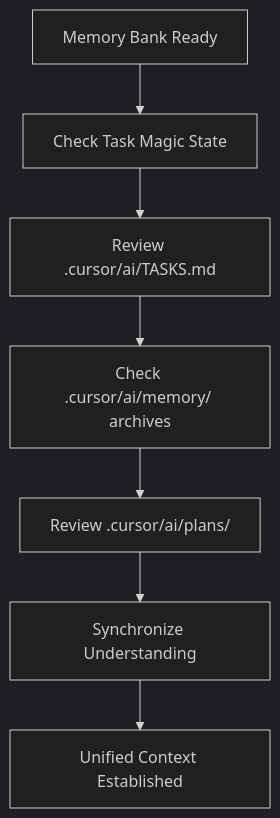
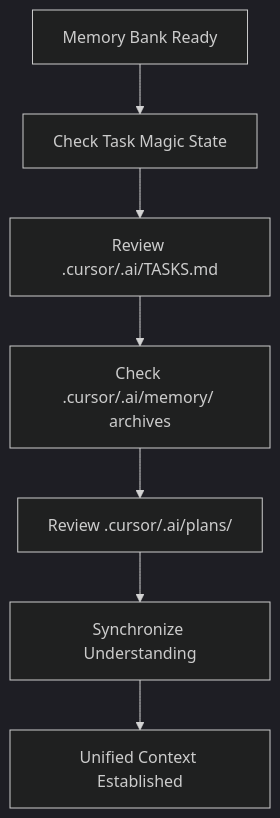
The fourth of 18 diagrams in .cursor/rules/unified-workflow.md (louisfghbvc/coverity-agent), drawn with Mermaid (dark theme) before and after one commit. The commit also changed other lines of this file and 10 other files, not shown here.

````diff
--- a/.cursor/rules/unified-workflow.md
+++ b/.cursor/rules/unified-workflow.md
@@ -96,9 +96,9 @@
 ```mermaid
 flowchart TD
     MB_Ready[Memory Bank Ready] --> TM_Check[Check Task Magic State]
-    TM_Check --> ActiveTasks[Review .cursor/ai/TASKS.md]
-    ActiveTasks --> History[Check .cursor/ai/memory/ archives]
-    History --> Plans[Review .cursor/ai/plans/]
+    TM_Check --> ActiveTasks[Review .cursor/.ai/TASKS.md]
+    ActiveTasks --> History[Check .cursor/.ai/memory/ archives]
+    History --> Plans[Review .cursor/.ai/plans/]
     Plans --> Sync[Synchronize Understanding]
     Sync --> Unified[Unified Context Established]
 ```
````
